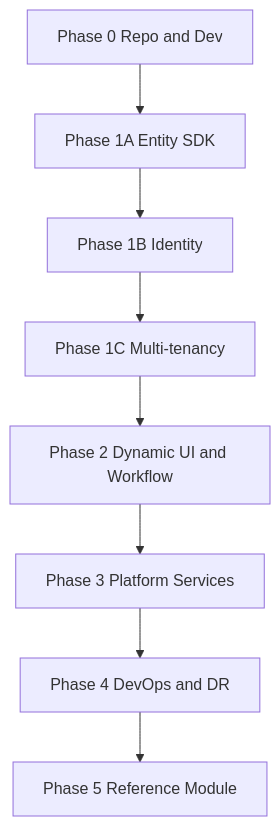
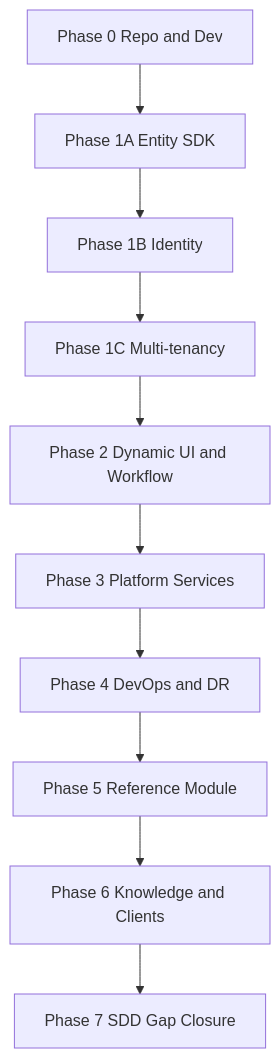
One commit to shalin-rahman/SDD changed the diagram in plan/02-implementation-plan.md. Above: the diagram before and after it, drawn with Mermaid. The commit also changed other lines of this file and 53 other files, not shown here.

````diff
--- a/plan/02-implementation-plan.md
+++ b/plan/02-implementation-plan.md
@@ -136,19 +171,23 @@
 ```mermaid
 flowchart TD
     P0[Phase 0 Repo and Dev]
     P1A[Phase 1A Entity SDK]
     P1B[Phase 1B Identity]
     P1C[Phase 1C Multi-tenancy]
     P2[Phase 2 Dynamic UI and Workflow]
     P3[Phase 3 Platform Services]
     P4[Phase 4 DevOps and DR]
     P5[Phase 5 Reference Module]
+    P6[Phase 6 Knowledge and Clients]
+    P7[Phase 7 SDD Gap Closure]
 
     P0 --> P1A
     P1A --> P1B
     P1B --> P1C
     P1C --> P2
     P2 --> P3
     P3 --> P4
     P4 --> P5
+    P5 --> P6
+    P6 --> P7
 ```
````
